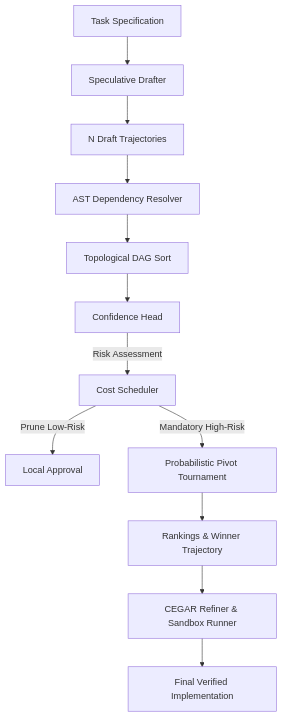
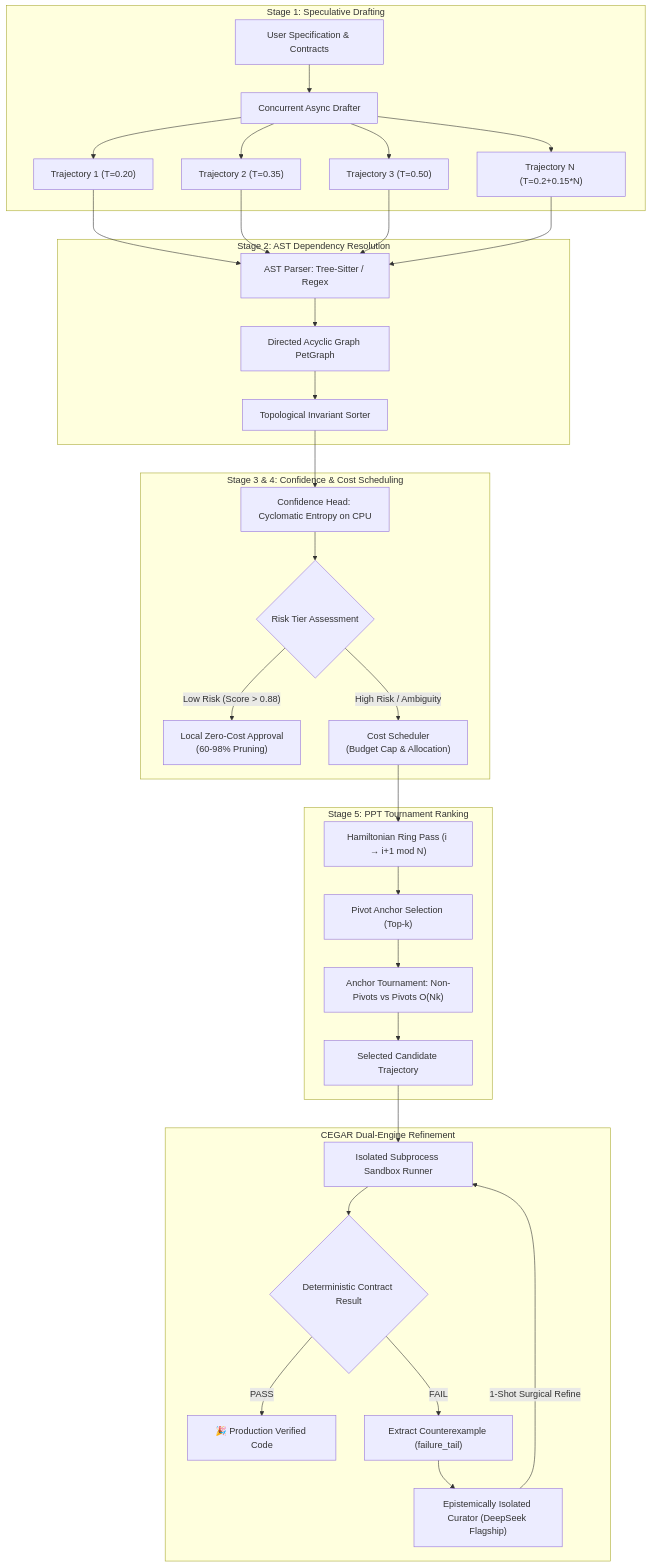
One commit to CostaJr007/dspark changed the first of 3 diagrams in docs/ARCHITECTURE.md. Above: the diagram before and after it, drawn with Mermaid. The commit also changed other lines of this file and 13 other files, not shown here.

Commit message:
docs: comprehensive update to READMEs, architecture specs, MCP tutorials, and live benchmarks

````diff
--- a/docs/ARCHITECTURE.md
+++ b/docs/ARCHITECTURE.md
@@ -9,14 +9,39 @@
 ```mermaid
-graph TD
-    A[Task Specification] --> B[Speculative Drafter]
-    B --> C[N Draft Trajectories]
-    C --> D[AST Dependency Resolver]
-    D --> E[Topological DAG Sort]
-    E --> F[Confidence Head]
-    F -->|Risk Assessment| G[Cost Scheduler]
-    G -->|Prune Low-Risk| H[Local Approval]
-    G -->|Mandatory High-Risk| I[Probabilistic Pivot Tournament]
-    I --> J[Rankings & Winner Trajectory]
-    J --> K[CEGAR Refiner & Sandbox Runner]
-    K --> L[Final Verified Implementation]
+flowchart TD
+    subgraph S1["Stage 1: Speculative Drafting"]
+        A[User Specification & Contracts] --> B[Concurrent Async Drafter]
+        B --> C1["Trajectory 1 (T=0.20)"]
+        B --> C2["Trajectory 2 (T=0.35)"]
+        B --> C3["Trajectory 3 (T=0.50)"]
+        B --> Cn["Trajectory N (T=0.2+0.15*N)"]
+    end
+
+    subgraph S2["Stage 2: AST Dependency Resolution"]
+        C1 & C2 & C3 & Cn --> D[AST Parser: Tree-Sitter / Regex]
+        D --> E[Directed Acyclic Graph PetGraph]
+        E --> F[Topological Invariant Sorter]
+    end
+
+    subgraph S3["Stage 3 & 4: Confidence & Cost Scheduling"]
+        F --> G[Confidence Head: Cyclomatic Entropy on CPU]
+        G --> H{"Risk Tier Assessment"}
+        H -->|"Low Risk (Score > 0.88)"| I["Local Zero-Cost Approval\n(60-98% Pruning)"]
+        H -->|"High Risk / Ambiguity"| J["Cost Scheduler\n(Budget Cap & Allocation)"]
+    end
+
+    subgraph S5["Stage 5: PPT Tournament Ranking"]
+        J --> K["Hamiltonian Ring Pass (i → i+1 mod N)"]
+        K --> L["Pivot Anchor Selection (Top-k)"]
+        L --> M["Anchor Tournament: Non-Pivots vs Pivots O(Nk)"]
+        M --> N["Selected Candidate Trajectory"]
+    end
+
+    subgraph S6["CEGAR Dual-Engine Refinement"]
+        N --> O["Isolated Subprocess Sandbox Runner"]
+        O --> P{"Deterministic Contract Result"}
+        P -->|"PASS"| Q["🎉 Production Verified Code"]
+        P -->|"FAIL"| R["Extract Counterexample (failure_tail)"]
+        R --> S["Epistemically Isolated Curator (DeepSeek Flagship)"]
+        S -->|"1-Shot Surgical Refine"| O
+    end
 ```
````
